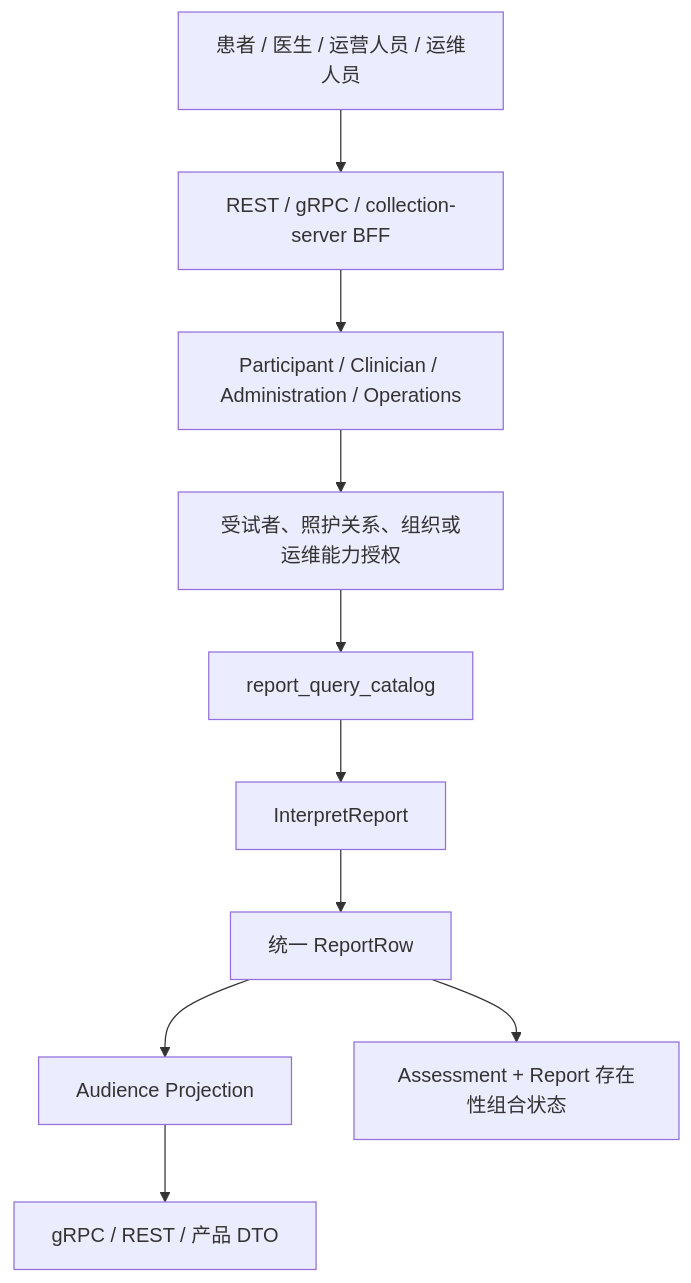
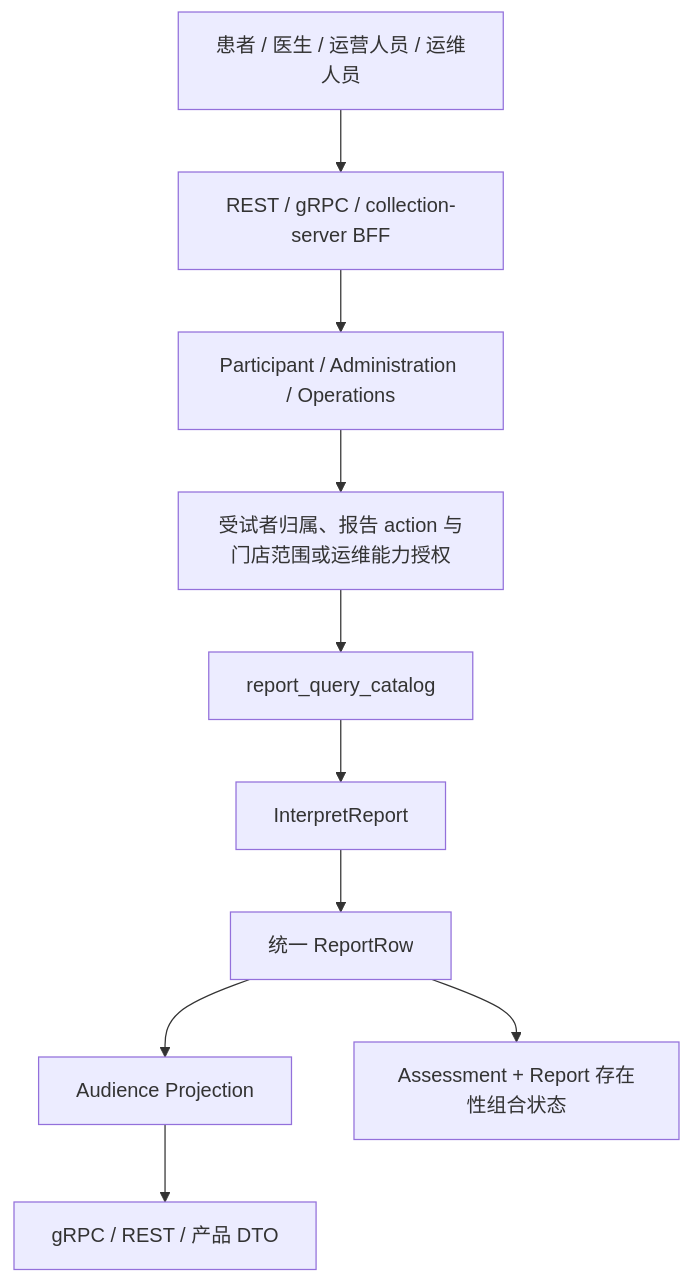
The first of 3 diagrams in docs/02-业务模块/40-interpretation/31-关键链路-从报告查询到组合状态.md (FangcunMount/qs-server), drawn with Mermaid before and after one commit. The commit also changed other lines of this file and 31 other files, not shown here.

````diff
--- a/docs/02-业务模块/40-interpretation/31-关键链路-从报告查询到组合状态.md
+++ b/docs/02-业务模块/40-interpretation/31-关键链路-从报告查询到组合状态.md
@@ -152,17 +152,17 @@
 ```mermaid
 flowchart TD
     Caller["患者 / 医生 / 运营人员 / 运维人员"]
     Entry["REST / gRPC / collection-server BFF"]
-    Actor["Participant / Clinician / Administration / Operations"]
-    Auth["受试者、照护关系、组织或运维能力授权"]
+    Actor["Participant / Administration / Operations"]
+    Auth["受试者归属、报告 action 与门店范围或运维能力授权"]
     Catalog["report_query_catalog"]
     Body["InterpretReport"]
     Row["统一 ReportRow"]
     Audience["Audience Projection"]
     DTO["gRPC / REST / 产品 DTO"]
     State["Assessment + Report 存在性组合状态"]
 
     Caller --> Entry --> Actor --> Auth
     Auth --> Catalog --> Body --> Row --> Audience --> DTO
     Row --> State
 ```
````
